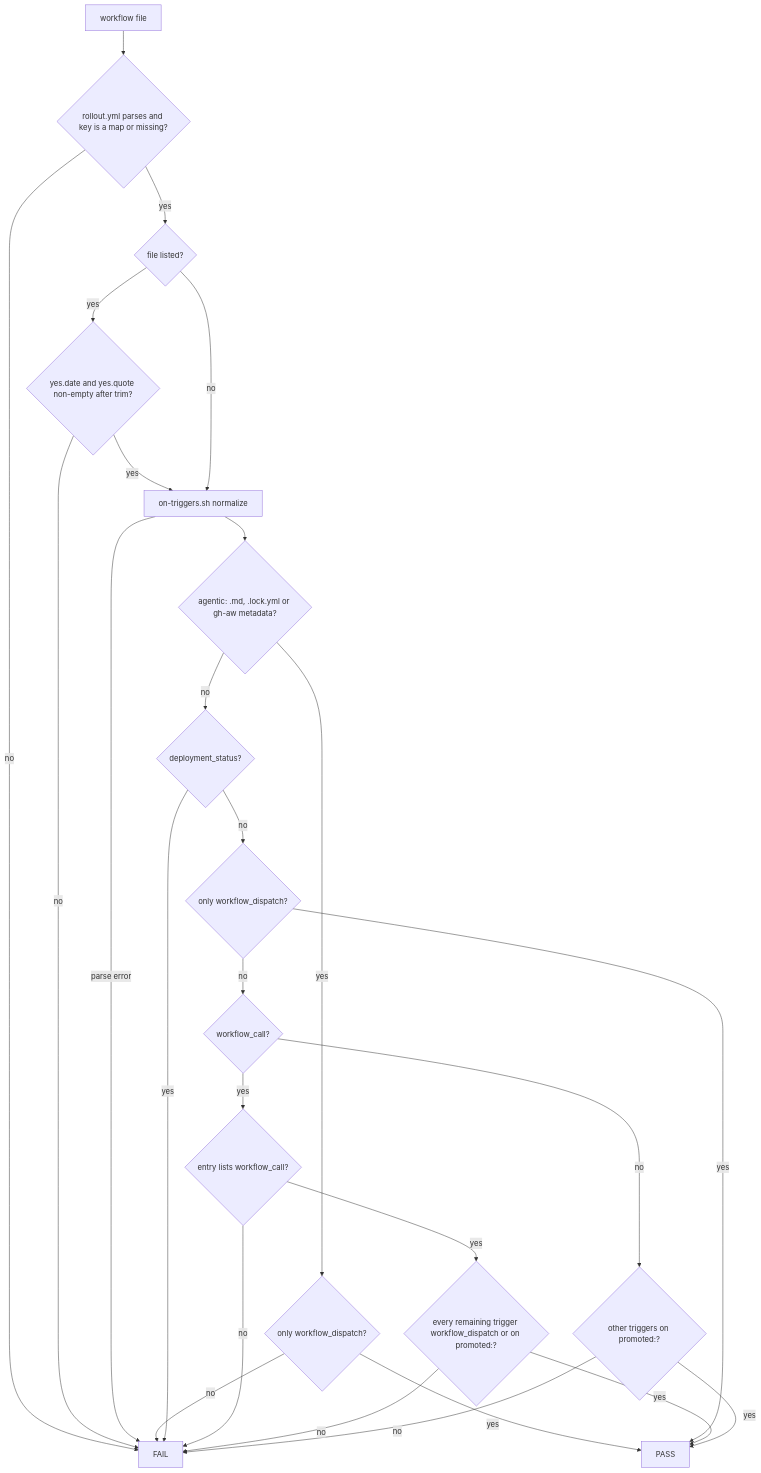
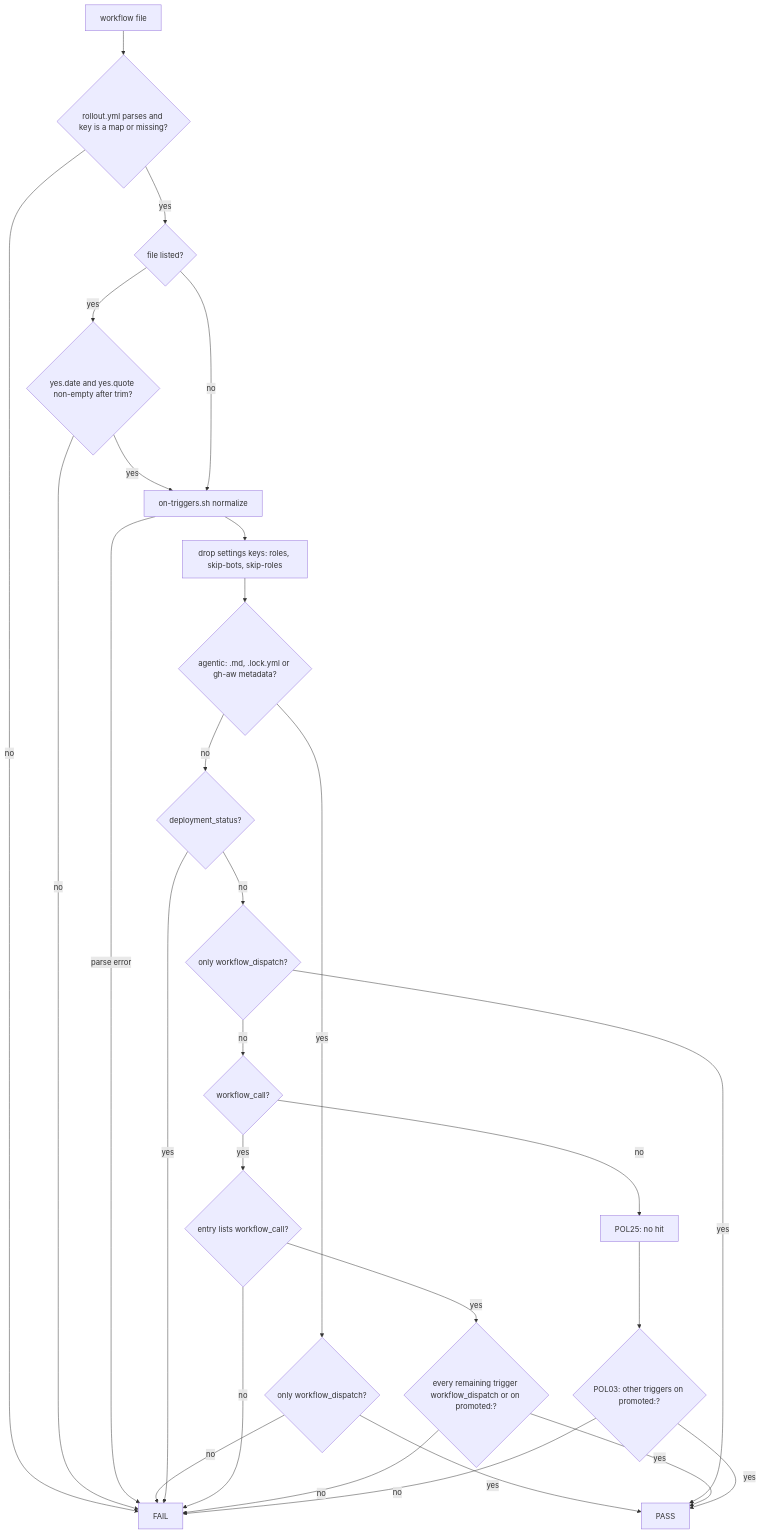
The first of 2 diagrams in docs/pbi/smoke/SM05.md (svennijhuis/agentic-workflows), drawn with Mermaid before and after one commit. The commit also changed other lines of this file and 4 other files, not shown here.

Commit message:
docs(pbi): smoke SM01-SM05, Cursor review fixes at bf26b0e (settings keys, POL25 non-agentic branch, SM04 trigger allowlist, POL03 staged rule, protocol-relative path and method allowlist)

````diff
--- a/docs/pbi/smoke/SM05.md
+++ b/docs/pbi/smoke/SM05.md
@@ -118,28 +127,30 @@
 ```mermaid
 flowchart TD
   F[workflow file] --> RP{rollout.yml parses and key is a map or missing?}
   RP -->|no| X[FAIL]
   RP -->|yes| E{file listed?}
   E -->|yes| Q{yes.date and yes.quote non-empty after trim?}
   Q -->|no| X
   Q -->|yes| N[on-triggers.sh normalize]
   E -->|no| N
   N -->|parse error| X
-  N --> K{agentic: .md, .lock.yml or gh-aw metadata?}
+  N --> ST[drop settings keys: roles, skip-bots, skip-roles]
+  ST --> K{agentic: .md, .lock.yml or gh-aw metadata?}
   K -->|yes| D{only workflow_dispatch?}
   D -->|no| X
   D -->|yes| OK[PASS]
   K -->|no| DS{deployment_status?}
   DS -->|yes| X
   DS -->|no| WD{only workflow_dispatch?}
   WD -->|yes| OK
   WD -->|no| WC{workflow_call?}
   WC -->|yes| L{entry lists workflow_call?}
   L -->|no| X
   L -->|yes| RT{every remaining trigger workflow_dispatch or on promoted:?}
   RT -->|yes| OK
   RT -->|no| X
-  WC -->|no| P{other triggers on promoted:?}
+  WC -->|no| P25[POL25: no hit]
+  P25 --> P{POL03: other triggers on promoted:?}
   P -->|yes| OK
   P -->|no| X
 ```
````
